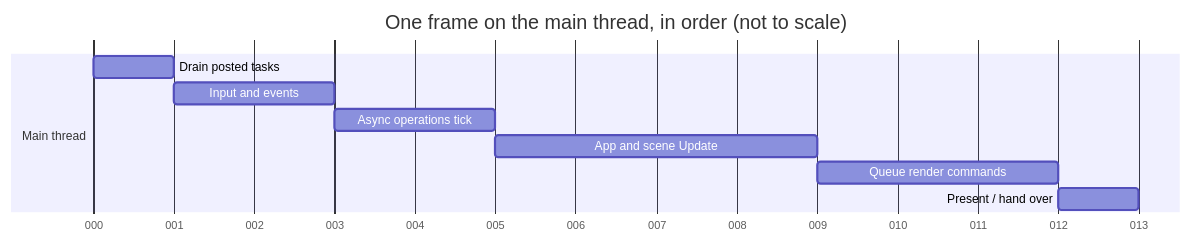
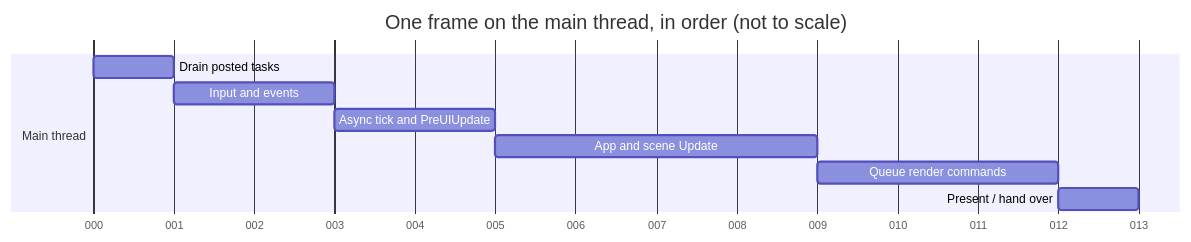
The fourth of 4 diagrams in Docs/Generated/Engine/02-Architecture/Engine-Startup-And-Frame-Loop.md (b1nary0/RZE), drawn with Mermaid before and after one commit. The commit also changed other lines of this file and 18 other files, not shown here.

````diff
--- a/Docs/Generated/Engine/02-Architecture/Engine-Startup-And-Frame-Loop.md
+++ b/Docs/Generated/Engine/02-Architecture/Engine-Startup-And-Frame-Loop.md
@@ -122,13 +124,13 @@
 ```mermaid
 gantt
     dateFormat x
     axisFormat %L
     title One frame on the main thread, in order (not to scale)
     section Main thread
     Drain posted tasks         :a, 0, 1ms
     Input and events           :b, after a, 2ms
-    Async operations tick      :c, after b, 2ms
+    Async tick and PreUIUpdate :c, after b, 2ms
     App and scene Update       :d, after c, 4ms
     Queue render commands      :e, after d, 3ms
     Present / hand over        :f, after e, 1ms
 ```
````
